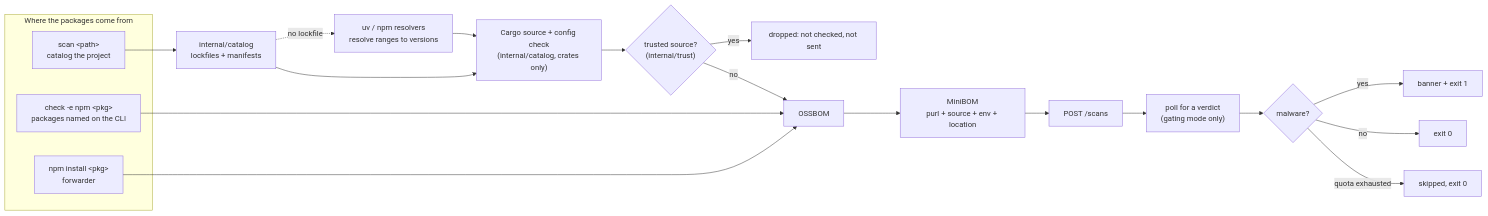
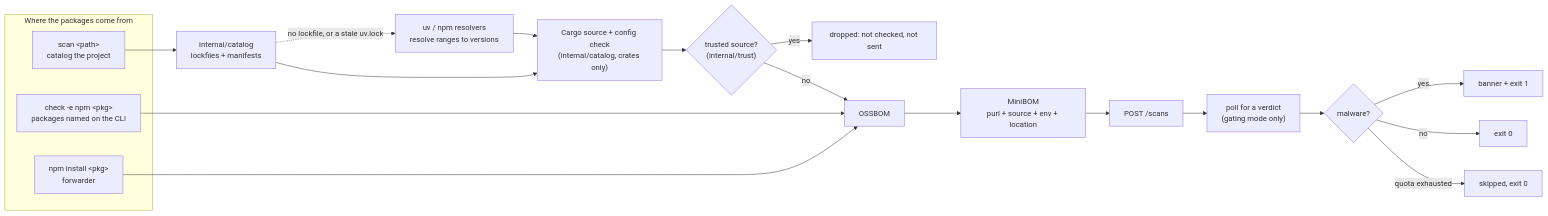
One commit to ossprey/ossprey-cli changed the first of 3 diagrams in docs/architecture.md. Above: the diagram before and after it, drawn with Mermaid. The commit also changed other lines of this file and 6 other files, not shown here.

Commit message:
fix(catalog): resolve each stale uv.lock part apart, from the project's Python floor (OSS-2919)

````diff
--- a/docs/architecture.md
+++ b/docs/architecture.md
@@ -17,25 +18,25 @@
 ```mermaid
 flowchart LR
     subgraph sources["Where the packages come from"]
         A["scan &lt;path&gt;<br/>catalog the project"]
         B["check -e npm &lt;pkg&gt;<br/>packages named on the CLI"]
         C["npm install &lt;pkg&gt;<br/>forwarder"]
     end
 
     A --> D["internal/catalog<br/>lockfiles + manifests"]
-    D -. "no lockfile" .-> E["uv / npm resolvers<br/>resolve ranges to versions"]
+    D -. "no lockfile, or a stale uv.lock" .-> E["uv / npm resolvers<br/>resolve ranges to versions"]
     E --> R
     D --> R["Cargo source + config check<br/>(internal/catalog, crates only)"]
     R --> T{"trusted source?<br/>(internal/trust)"}
     T -- "yes" --> X["dropped: not checked, not sent"]
     T -- "no" --> F["OSSBOM"]
     B --> F
     C --> F
     F --> G["MiniBOM<br/>purl + source + env + location"]
     G --> H["POST /scans"]
     H --> I["poll for a verdict<br/>(gating mode only)"]
     I --> J{"malware?"}
     J -- "yes" --> K["banner + exit 1"]
     J -- "no" --> L["exit 0"]
     J -- "quota exhausted" --> M["skipped, exit 0"]
 ```
````
